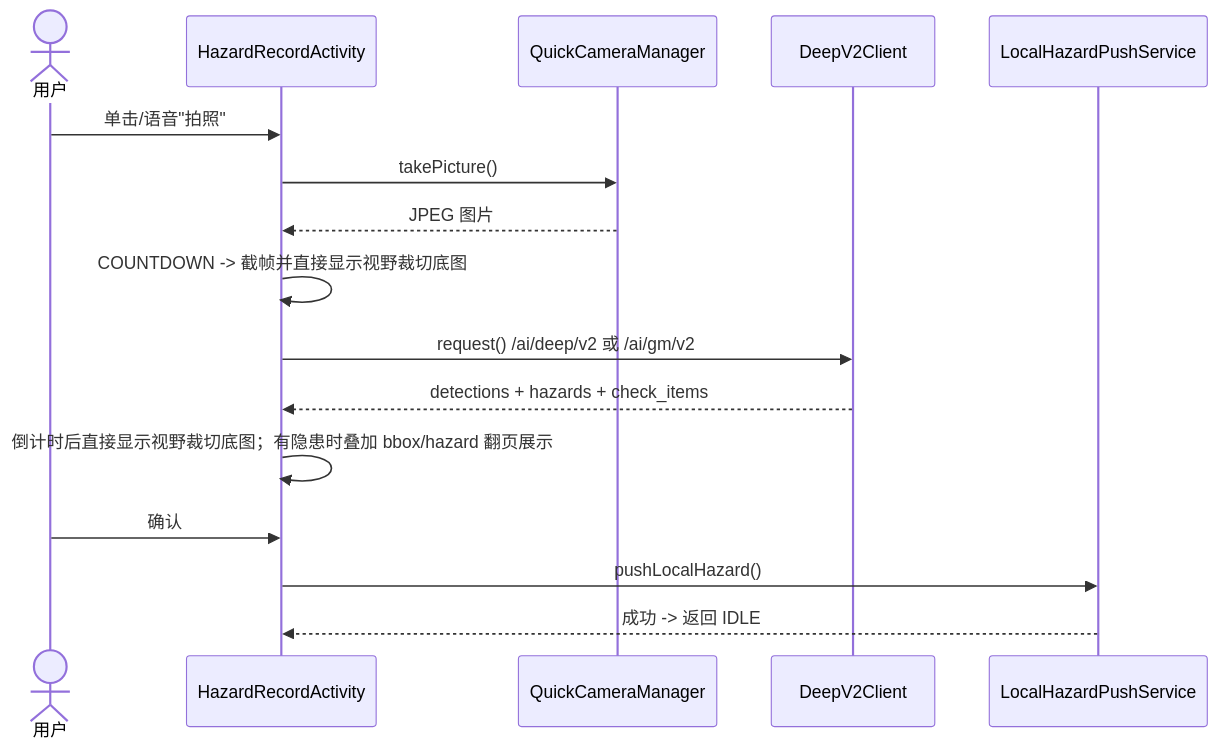
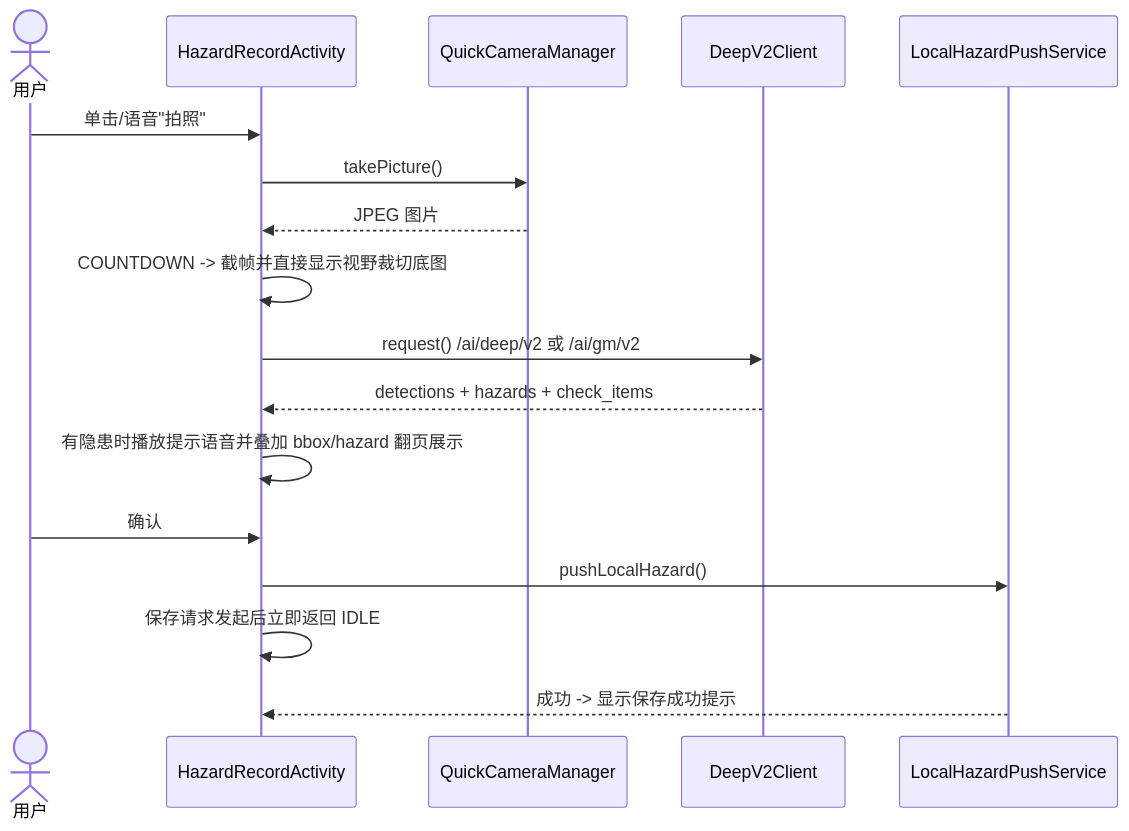
Before and after one commit to WuChaoli/HiddenRiskGlass: the seventh of 9 diagrams in docs/CODEMAPS.md, drawn with Mermaid. The commit also changed 4 other files, not shown here.

````diff
--- a/docs/CODEMAPS.md
+++ b/docs/CODEMAPS.md
@@ -277,19 +277,20 @@
 ```mermaid
 sequenceDiagram
     actor User as 用户
     participant HR as HazardRecordActivity
     participant Camera as QuickCameraManager
     participant V2 as DeepV2Client
     participant Push as LocalHazardPushService
 
     User->>HR: 单击/语音"拍照"
     HR->>Camera: takePicture()
     Camera-->>HR: JPEG 图片
     HR->>HR: COUNTDOWN -> 截帧并直接显示视野裁切底图
     HR->>V2: request() /ai/deep/v2 或 /ai/gm/v2
     V2-->>HR: detections + hazards + check_items
-    HR->>HR: 倒计时后直接显示视野裁切底图；有隐患时叠加 bbox/hazard 翻页展示
+    HR->>HR: 有隐患时播放提示语音并叠加 bbox/hazard 翻页展示
     User->>HR: 确认
     HR->>Push: pushLocalHazard()
-    Push-->>HR: 成功 -> 返回 IDLE
+    HR->>HR: 保存请求发起后立即返回 IDLE
+    Push-->>HR: 成功 -> 显示保存成功提示
 ```
````
